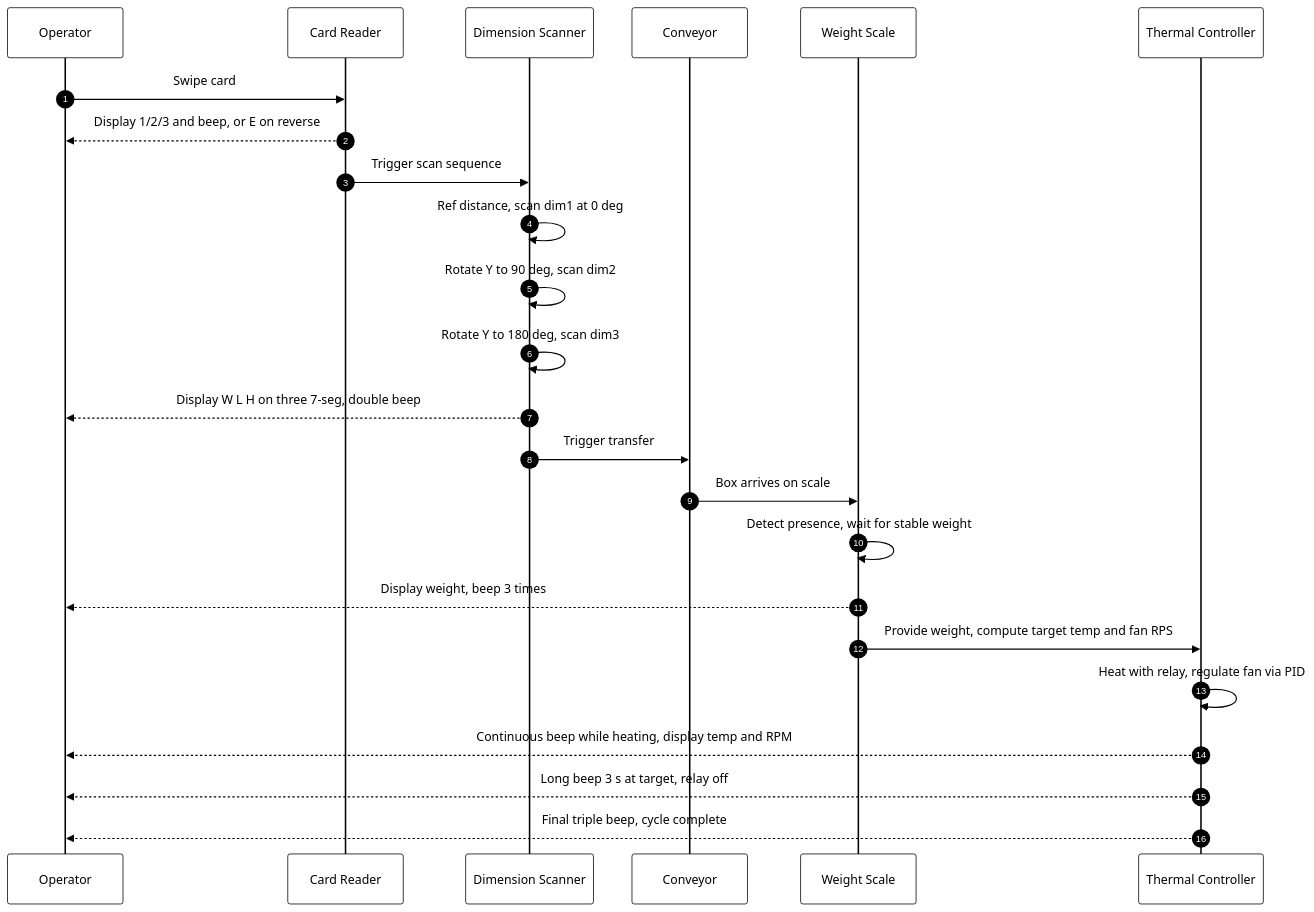
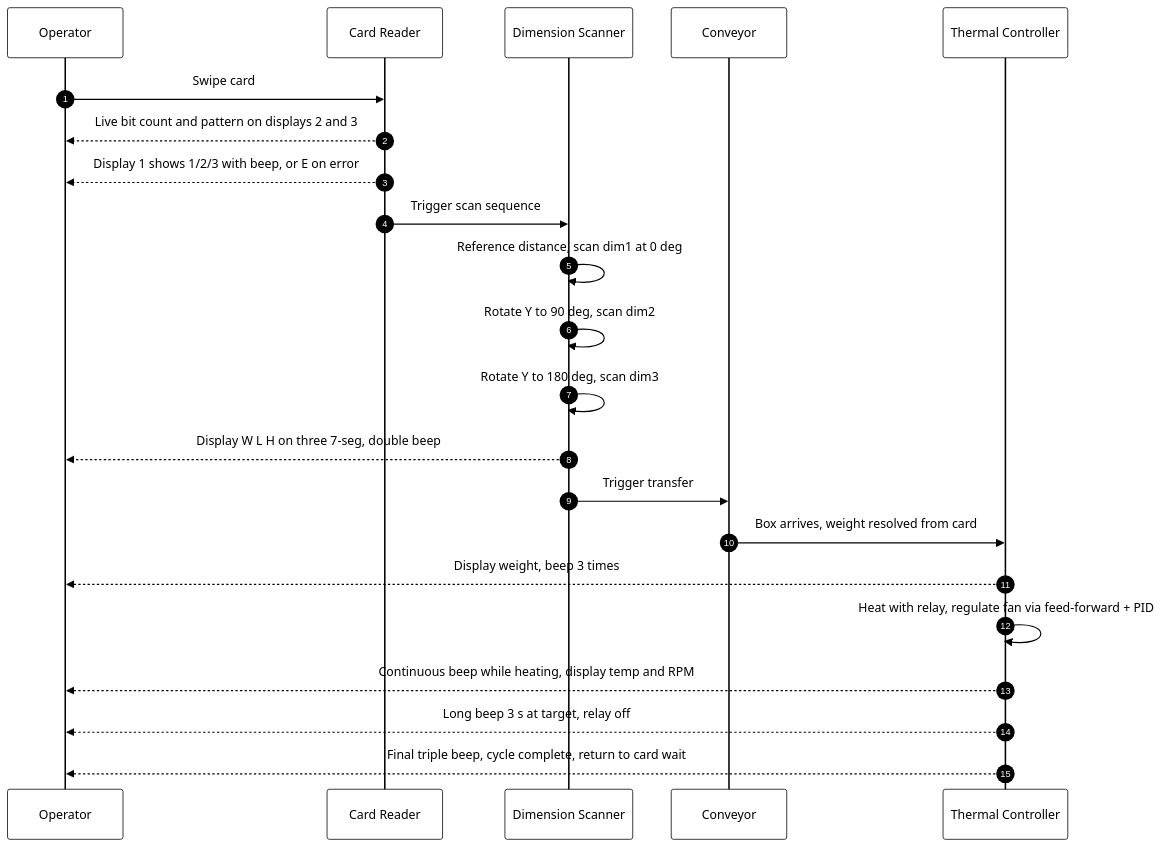
One commit to Teera235/INC-MINI-project changed the fourth of 5 diagrams in README.md. Above: the diagram before and after it, drawn with Mermaid. The commit also changed other lines of this file, not shown here.

Commit message:
Docs: update for no-calibration boot, card-resolved weight, live bit display, feed-forward fan

````diff
--- a/README.md
+++ b/README.md
@@ -153,28 +155,26 @@
 ```mermaid
 %%{init: {'theme':'base','themeVariables':{'primaryColor':'#ffffff','primaryBorderColor':'#000000','primaryTextColor':'#000000','lineColor':'#000000','secondaryColor':'#f5f5f5','clusterBkg':'#fafafa','clusterBorder':'#000000'}}}%%
 sequenceDiagram
     autonumber
     participant U as Operator
     participant CR as Card Reader
     participant DS as Dimension Scanner
     participant CV as Conveyor
-    participant WS as Weight Scale
     participant TC as Thermal Controller
 
     U->>CR: Swipe card
-    CR-->>U: Display 1/2/3 and beep, or E on reverse
+    CR-->>U: Live bit count and pattern on displays 2 and 3
+    CR-->>U: Display 1 shows 1/2/3 with beep, or E on error
     CR->>DS: Trigger scan sequence
-    DS->>DS: Ref distance, scan dim1 at 0 deg
+    DS->>DS: Reference distance, scan dim1 at 0 deg
     DS->>DS: Rotate Y to 90 deg, scan dim2
     DS->>DS: Rotate Y to 180 deg, scan dim3
     DS-->>U: Display W L H on three 7-seg, double beep
     DS->>CV: Trigger transfer
-    CV->>WS: Box arrives on scale
-    WS->>WS: Detect presence, wait for stable weight
-    WS-->>U: Display weight, beep 3 times
-    WS->>TC: Provide weight, compute target temp and fan RPS
-    TC->>TC: Heat with relay, regulate fan via PID
+    CV->>TC: Box arrives, weight resolved from card
+    TC-->>U: Display weight, beep 3 times
+    TC->>TC: Heat with relay, regulate fan via feed-forward + PID
     TC-->>U: Continuous beep while heating, display temp and RPM
     TC-->>U: Long beep 3 s at target, relay off
-    TC-->>U: Final triple beep, cycle complete
+    TC-->>U: Final triple beep, cycle complete, return to card wait
 ```
````
